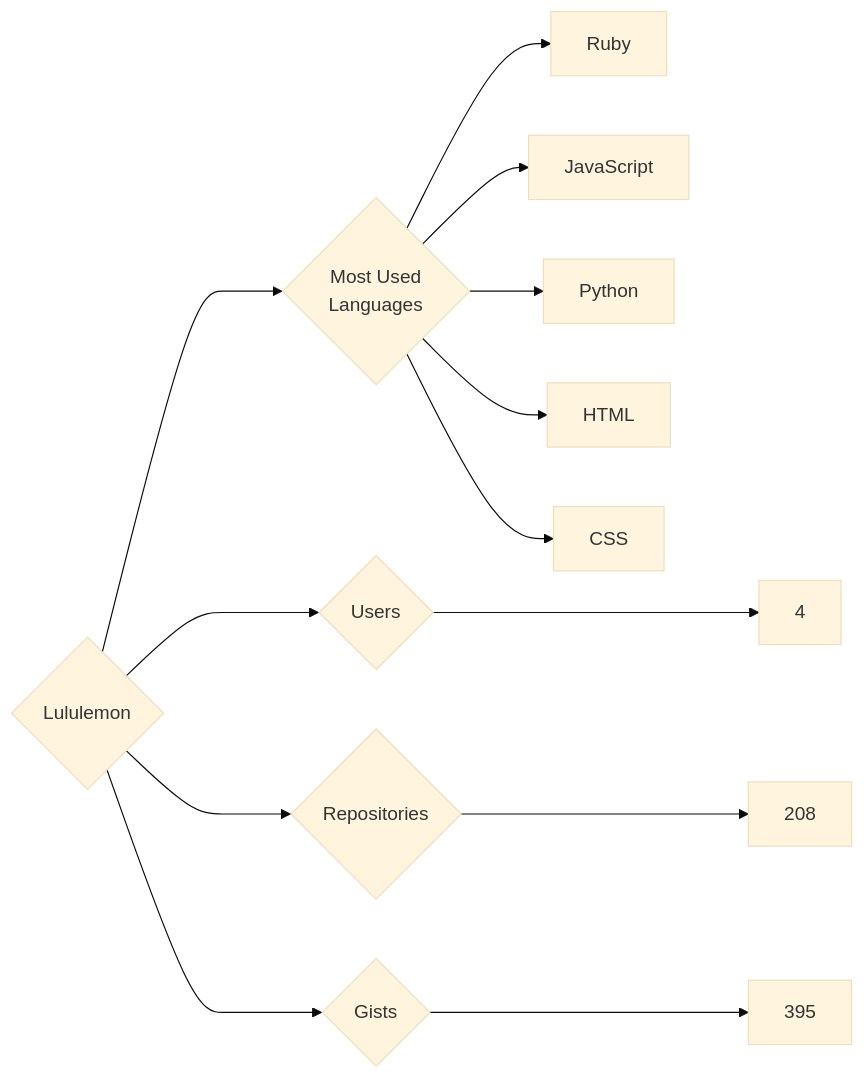
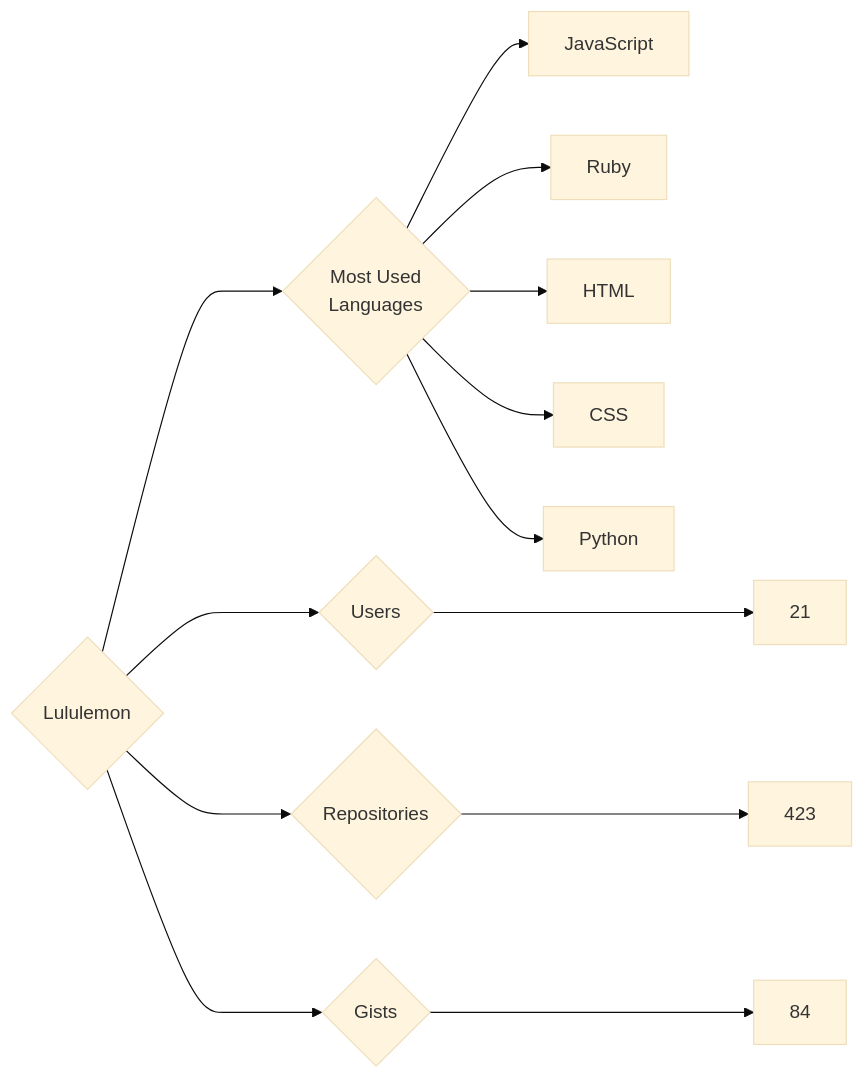
The diagram in targets/Lululemon/README.md (trickest/insiders), drawn with Mermaid (base theme) before and after one commit. The commit also changed 752 other files, not shown here.

````diff
--- a/targets/Lululemon/README.md
+++ b/targets/Lululemon/README.md
@@ -3,13 +3,13 @@
 ```mermaid
 graph LR
 COMPANY_NAME{Lululemon}
-COMPANY_NAME ---> U{Users} ---> UN[4]
-COMPANY_NAME ---> R{Repositories} ---> RN[208]
-COMPANY_NAME ---> G{Gists} ---> GN[395]
+COMPANY_NAME ---> U{Users} ---> UN[21]
+COMPANY_NAME ---> R{Repositories} ---> RN[423]
+COMPANY_NAME ---> G{Gists} ---> GN[84]
 COMPANY_NAME ---> ML{Most Used<br>Languages}
+ML --> JavaScript[JavaScript]
 ML --> Ruby[Ruby]
-ML --> JavaScript[JavaScript]
-ML --> Python[Python]
 ML --> HTML[HTML]
 ML --> CSS[CSS]
+ML --> Python[Python]
 ```
````
